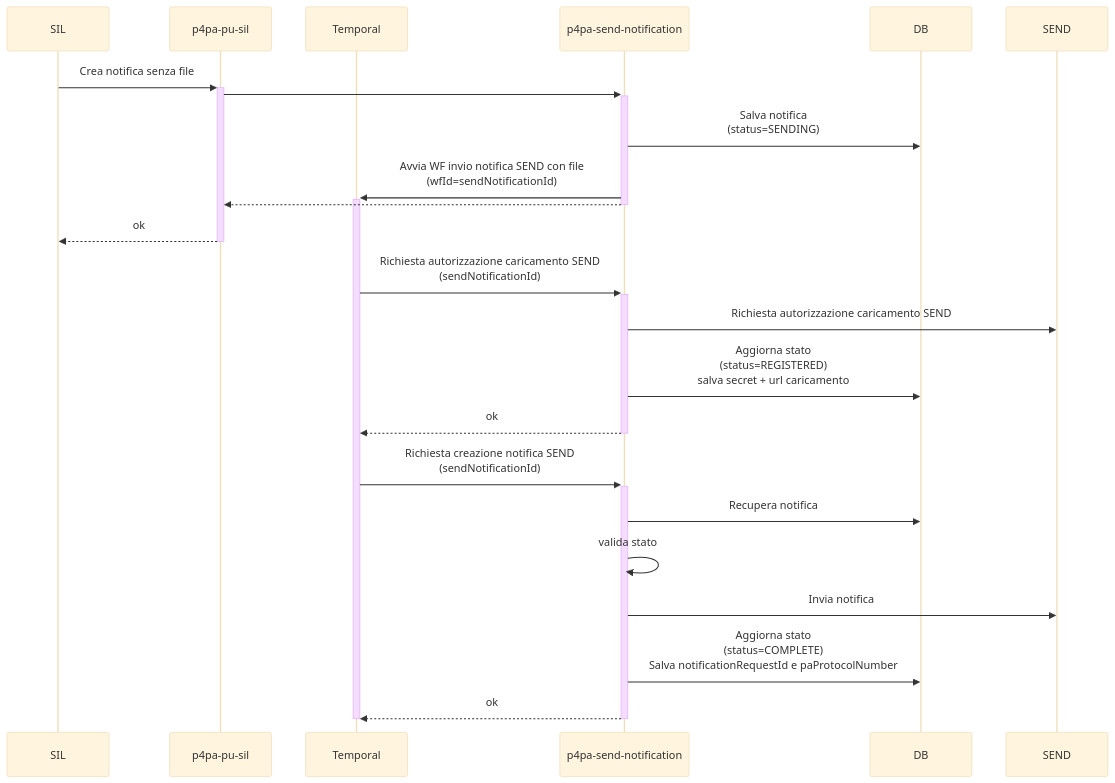
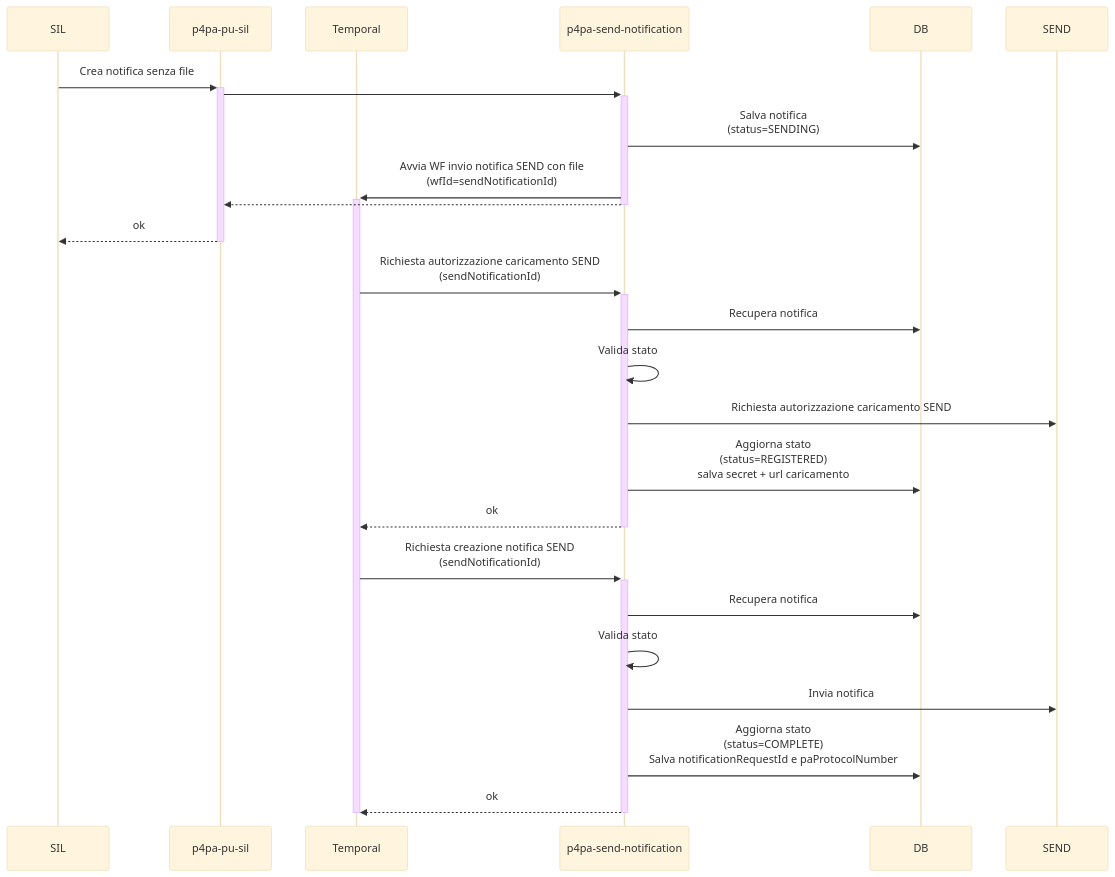
One commit to pagopa/p4pa-doc changed the diagram in design/send/sequence_createNotificationWithoutFile.mmd. Above: the diagram before and after it, drawn with Mermaid (base theme). The commit also changed 1 other file, not shown here.

Commit message:
update send sequences to handle multiple files

```diff
--- a/design/send/sequence_createNotificationWithoutFile.mmd
+++ b/design/send/sequence_createNotificationWithoutFile.mmd
@@ -1,28 +1,30 @@
 sequenceDiagram
     participant SIL
     participant MS_SIL as p4pa-pu-sil
     participant WF as Temporal
     participant MS_SEND as p4pa-send-notification
     participant DB
     participant SEND_PAGOPA as SEND
 
     SIL ->>+ MS_SIL: Crea notifica senza file
         MS_SIL ->>+ MS_SEND: #
             MS_SEND ->> DB: Salva notifica <BR />(status=SENDING)
             MS_SEND ->>+ WF: Avvia WF invio notifica SEND con file<BR />(wfId=sendNotificationId)
         MS_SEND -->>- MS_SIL: #
     MS_SIL -->>- SIL: ok
 
     WF ->>+ MS_SEND: Richiesta autorizzazione caricamento SEND<BR />(sendNotificationId)
+        MS_SEND ->> DB: Recupera notifica
+        MS_SEND ->> MS_SEND: Valida stato
         MS_SEND ->> SEND_PAGOPA: Richiesta autorizzazione caricamento SEND
         MS_SEND ->> DB: Aggiorna stato<BR />(status=REGISTERED)<BR />salva secret + url caricamento
         MS_SEND -->>- WF: ok
 
     WF ->>+ MS_SEND: Richiesta creazione notifica SEND<BR />(sendNotificationId)
         MS_SEND ->> DB: Recupera notifica
-        MS_SEND ->> MS_SEND: valida stato
+        MS_SEND ->> MS_SEND: Valida stato
         MS_SEND ->> SEND_PAGOPA: Invia notifica
         MS_SEND ->> DB: Aggiorna stato<BR />(status=COMPLETE)<BR />Salva notificationRequestId e paProtocolNumber
         MS_SEND -->>- WF: ok
 
     deactivate WF
```
